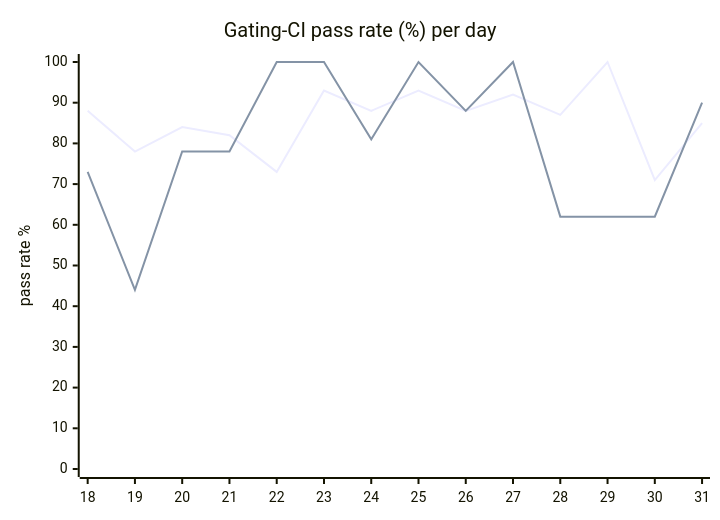
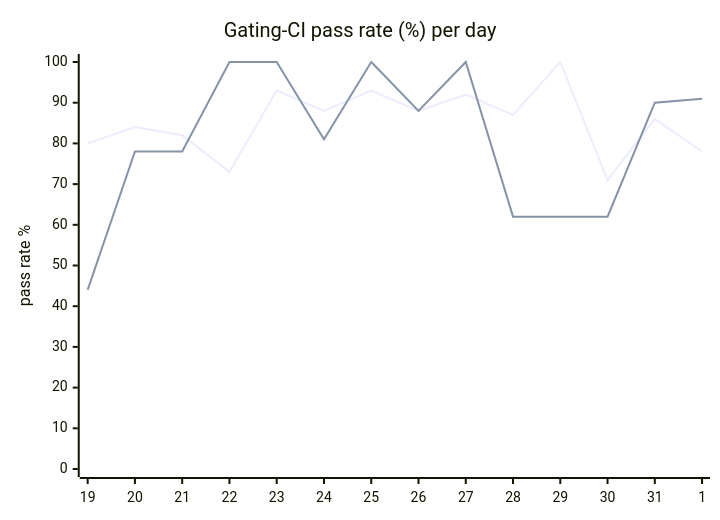
The diagram in hack/ci/ci-dashboard/staging/issue.md (hatchet-dev/hatchet), drawn with Mermaid before and after one commit. The commit also changed other lines of this file, not shown here.

````diff
--- a/hack/ci/ci-dashboard/staging/issue.md
+++ b/hack/ci/ci-dashboard/staging/issue.md
@@ -9,8 +9,8 @@
 ```mermaid
 xychart-beta
   title "Gating-CI pass rate (%) per day"
-  x-axis [18, 19, 20, 21, 22, 23, 24, 25, 26, 27, 28, 29, 30, 31]
+  x-axis [19, 20, 21, 22, 23, 24, 25, 26, 27, 28, 29, 30, 31, 1]
   y-axis "pass rate %" 0 --> 100
-  line "CI" [88, 78, 84, 82, 73, 93, 88, 93, 88, 92, 87, 100, 71, 85]
-  line "main" [73, 44, 78, 78, 100, 100, 81, 100, 88, 100, 62, 62, 62, 90]
+  line "CI" [80, 84, 82, 73, 93, 88, 93, 88, 92, 87, 100, 71, 86, 78]
+  line "main" [44, 78, 78, 100, 100, 81, 100, 88, 100, 62, 62, 62, 90, 91]
 ```
````
